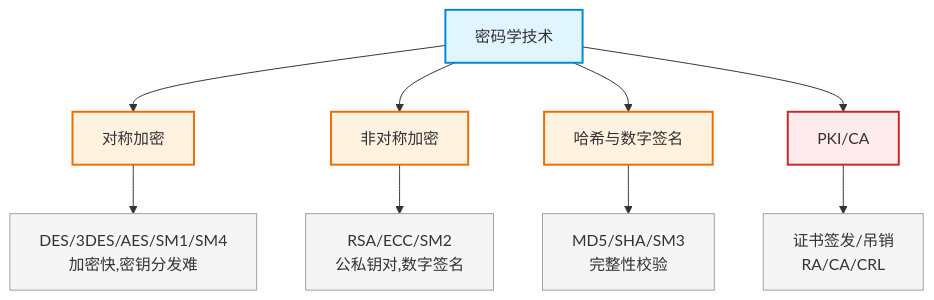
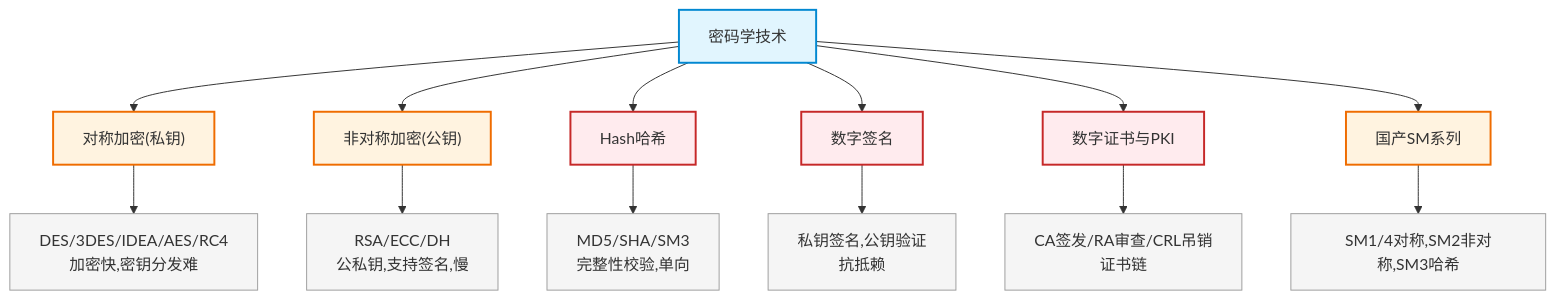
The diagram in network-security/22_cryptography.md (silverbulle/Network_Planning_and_Design), drawn with Mermaid before and after one commit. The commit also changed other lines of this file and 2 other files, not shown here.

````diff
--- a/network-security/22_cryptography.md
+++ b/network-security/22_cryptography.md
@@ -9,22 +8,30 @@
 ```mermaid
 flowchart TD
-    A["密码学技术"] --> B["对称加密"]
-    A --> C["非对称加密"]
-    A --> D["哈希与数字签名"]
-    A --> E["PKI/CA"]
+    A["密码学技术"] --> B["对称加密(私钥)"]
+    A --> C["非对称加密(公钥)"]
+    A --> D["Hash哈希"]
+    A --> E["数字签名"]
+    A --> F["数字证书与PKI"]
+    A --> G["国产SM系列"]
 
-    B --> B1["DES/3DES/AES/SM1/SM4<br>加密快,密钥分发难"]
-    C --> C1["RSA/ECC/SM2<br>公私钥对,数字签名"]
-    D --> D1["MD5/SHA/SM3<br>完整性校验"]
-    E --> E1["证书签发/吊销<br>RA/CA/CRL"]
+    B --> B1["DES/3DES/IDEA/AES/RC4<br>加密快,密钥分发难"]
+    C --> C1["RSA/ECC/DH<br>公私钥,支持签名,慢"]
+    D --> D1["MD5/SHA/SM3<br>完整性校验,单向"]
+    E --> E1["私钥签名,公钥验证<br>抗抵赖"]
+    F --> F1["CA签发/RA审查/CRL吊销<br>证书链"]
+    G --> G1["SM1/4对称,SM2非对称,SM3哈希"]
 
     style A fill:#e1f5fe,stroke:#0288d1,stroke-width:2px
     style B fill:#fff3e0,stroke:#ef6c00,stroke-width:2px
     style C fill:#fff3e0,stroke:#ef6c00,stroke-width:2px
-    style D fill:#fff3e0,stroke:#ef6c00,stroke-width:2px
+    style D fill:#ffebee,stroke:#c62828,stroke-width:2px
     style E fill:#ffebee,stroke:#c62828,stroke-width:2px
+    style F fill:#ffebee,stroke:#c62828,stroke-width:2px
+    style G fill:#fff3e0,stroke:#ef6c00,stroke-width:2px
     style B1 fill:#f5f5f5,stroke:#9e9e9e
     style C1 fill:#f5f5f5,stroke:#9e9e9e
     style D1 fill:#f5f5f5,stroke:#9e9e9e
     style E1 fill:#f5f5f5,stroke:#9e9e9e
+    style F1 fill:#f5f5f5,stroke:#9e9e9e
+    style G1 fill:#f5f5f5,stroke:#9e9e9e
 ```
````
